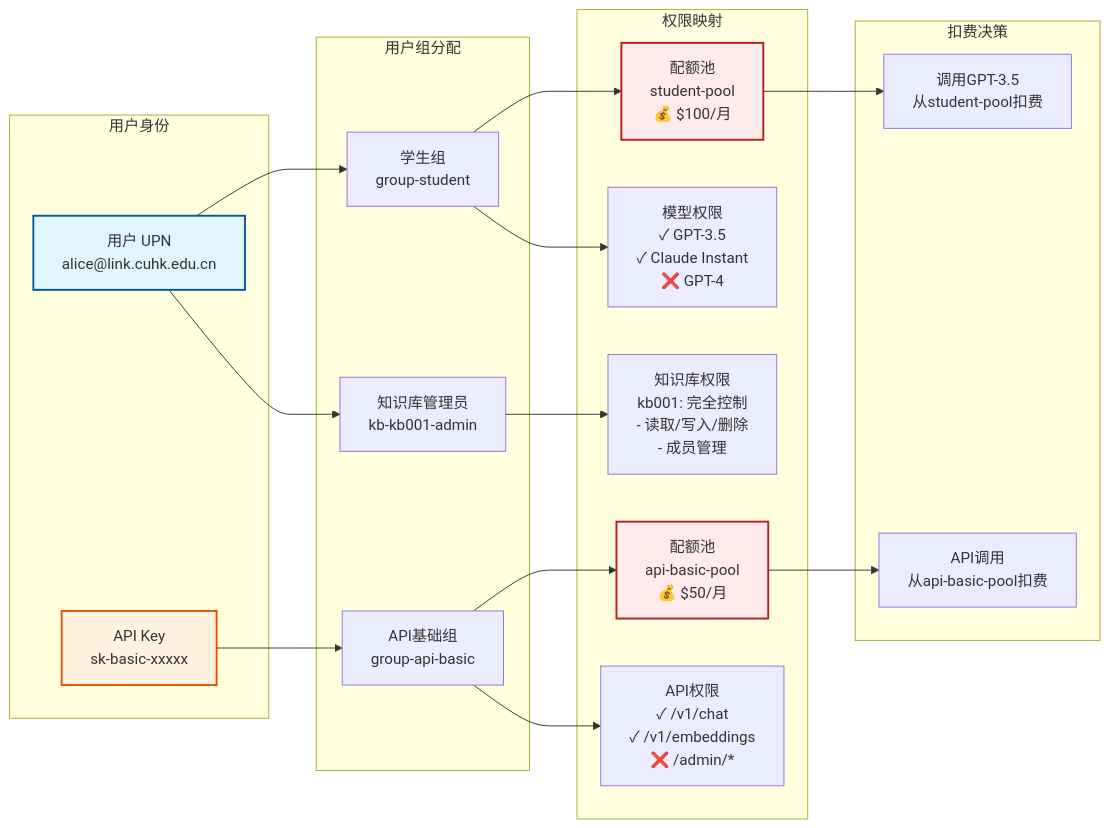
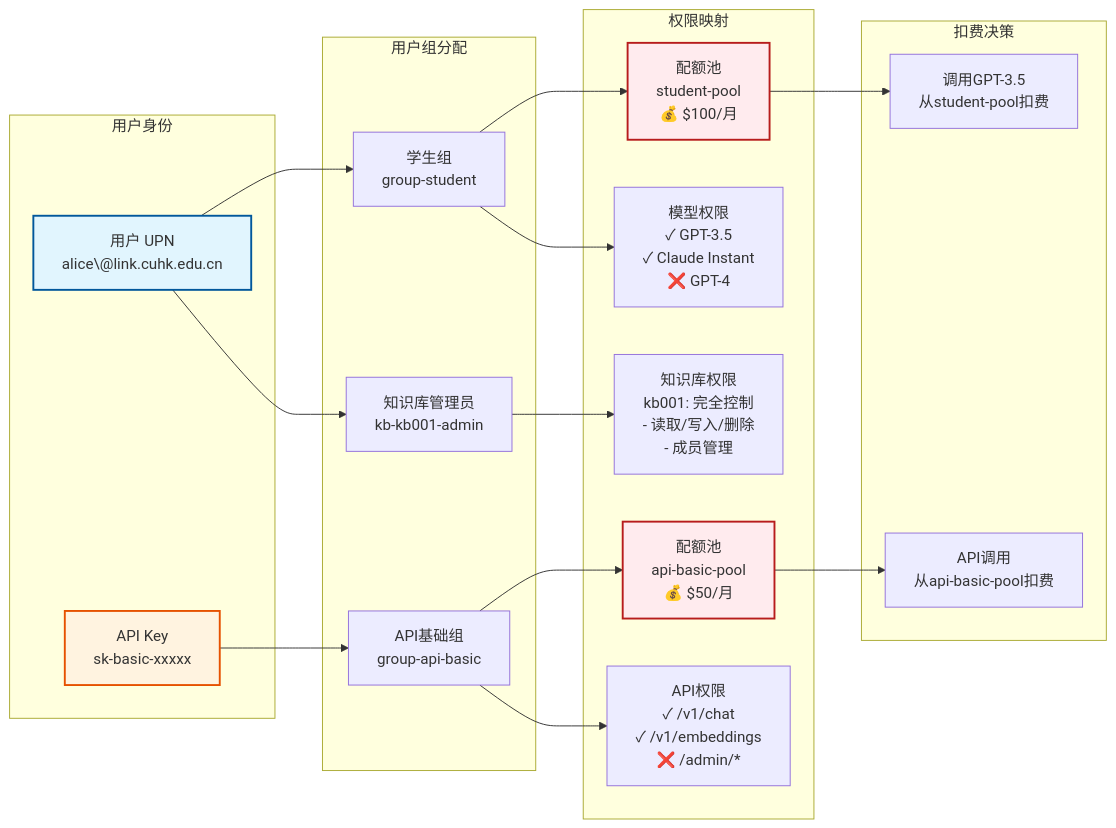
Before and after one commit to NickWilde18/UniAuth: the fourth of 4 diagrams in README.md, drawn with Mermaid.

````diff
--- a/README.md
+++ b/README.md
@@ -188,33 +188,33 @@
 ```mermaid
 graph LR
     subgraph "用户身份"
-        USER["用户 UPN<br/>alice@link.cuhk.edu.cn"]
+        USER["用户 UPN<br/>alice\@link.cuhk.edu.cn"]
         APIKEY["API Key<br/>sk-basic-xxxxx"]
     end
     
     subgraph "用户组分配"
         USER --> GS["学生组<br/>group-student"]
         USER --> GKB["知识库管理员<br/>kb-kb001-admin"]
         APIKEY --> GAPI["API基础组<br/>group-api-basic"]
     end
     
     subgraph "权限映射"
         GS --> QS["配额池<br/>student-pool<br/>💰 $100/月"]
         GS --> MS["模型权限<br/>✓ GPT-3.5<br/>✓ Claude Instant<br/>❌ GPT-4"]
         
         GKB --> KBP["知识库权限<br/>kb001: 完全控制<br/>- 读取/写入/删除<br/>- 成员管理"]
         
         GAPI --> QAPI["配额池<br/>api-basic-pool<br/>💰 $50/月"]
         GAPI --> MAPI["API权限<br/>✓ /v1/chat<br/>✓ /v1/embeddings<br/>❌ /admin/*"]
     end
     
     subgraph "扣费决策"
         QS --> BILL1["调用GPT-3.5<br/>从student-pool扣费"]
         QAPI --> BILL2["API调用<br/>从api-basic-pool扣费"]
     end
     
     style USER fill:#e1f5fe,stroke:#01579b,stroke-width:2px
     style APIKEY fill:#fff3e0,stroke:#e65100,stroke-width:2px
     style QS fill:#ffebee,stroke:#b71c1c,stroke-width:2px
     style QAPI fill:#ffebee,stroke:#b71c1c,stroke-width:2px
 ```
````
